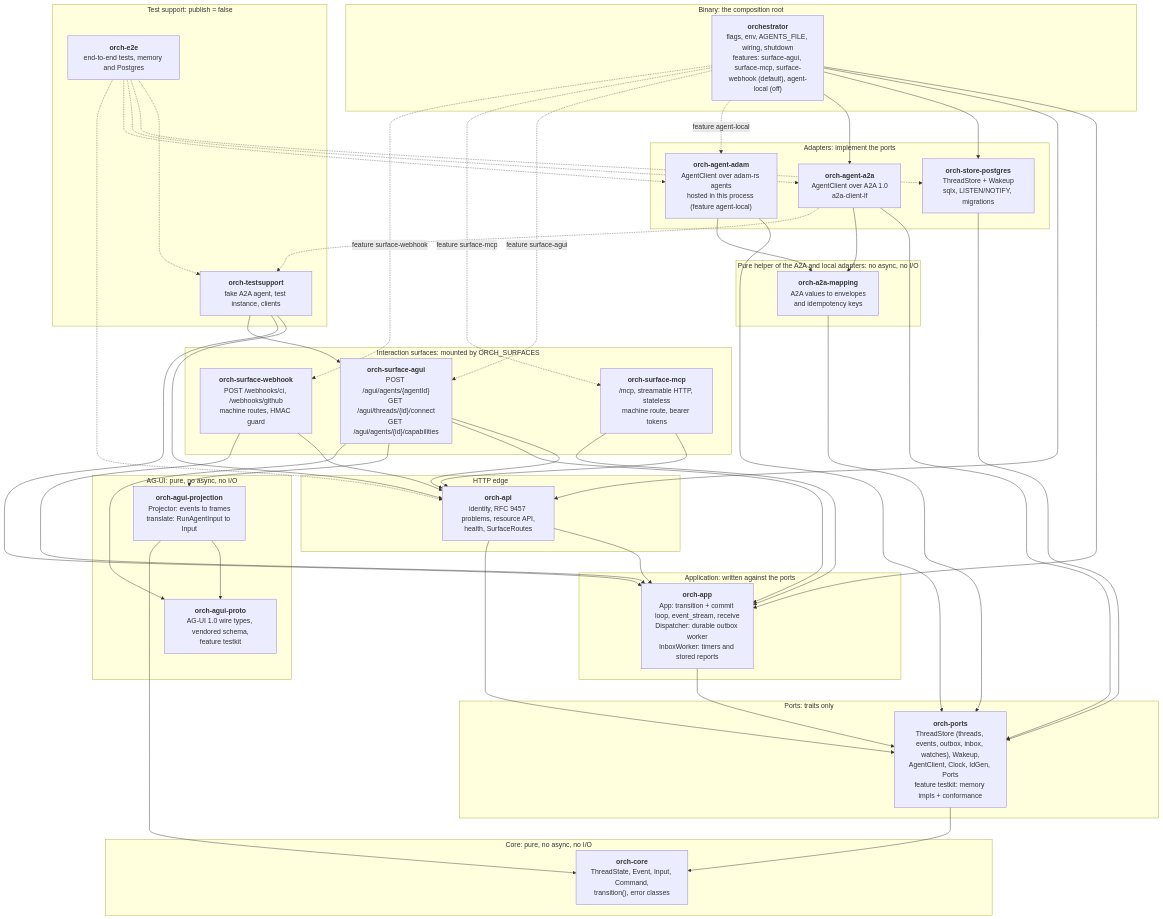
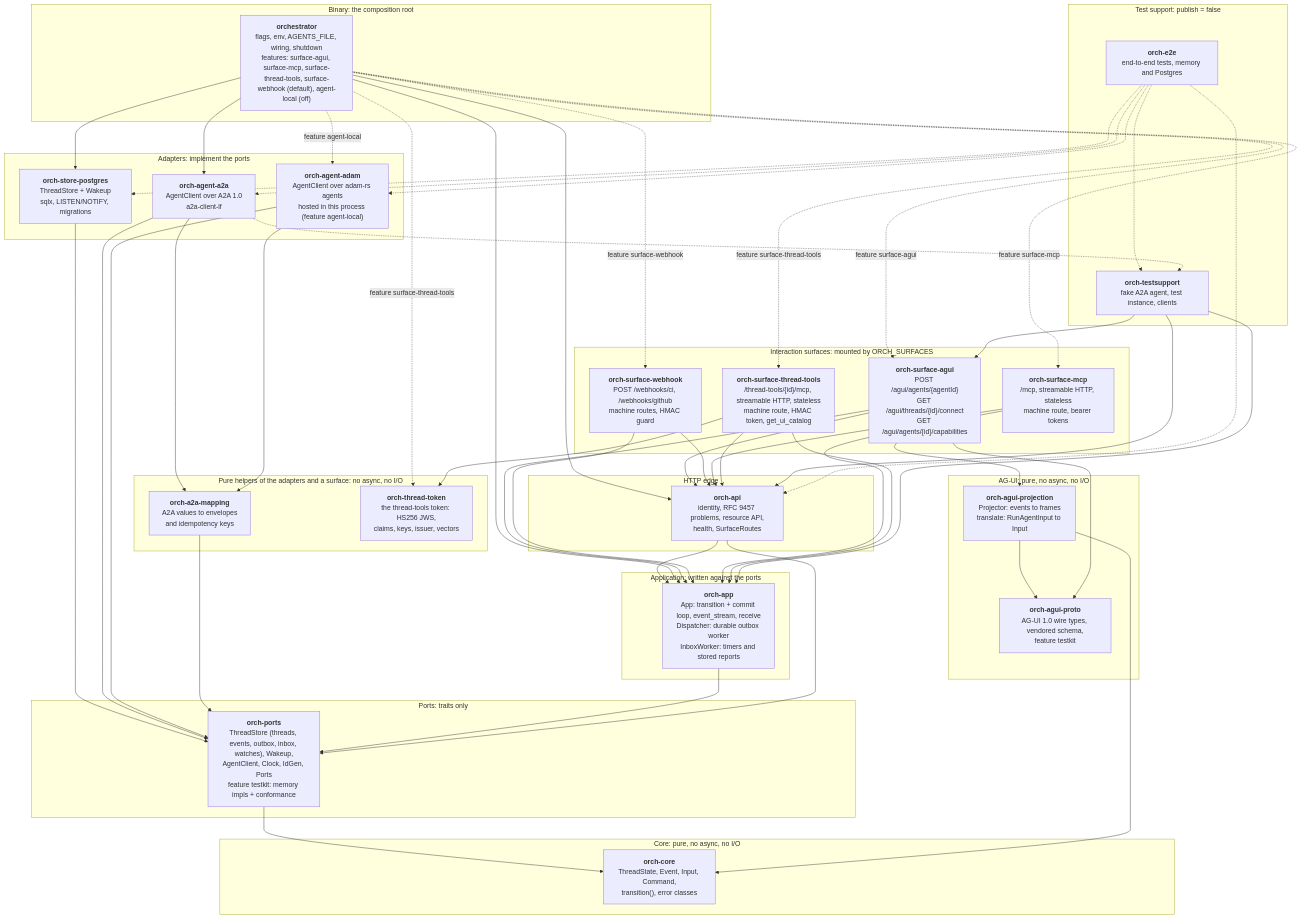
Before and after one commit to vymalo/another-agentic-system: the first of 24 diagrams in docs/orchestrator.md, drawn with Mermaid. The commit also changed other lines of this file and 44 other files, not shown here.

First line of the commit message:
feat(orchestrator): thread tools — a per-thread MCP endpoint with get_ui_catalog

```diff
--- a/docs/orchestrator.md
+++ b/docs/orchestrator.md
@@ -87,8 +87,9 @@
     a2a["<b>orch-agent-a2a</b><br/>AgentClient over A2A 1.0<br/>a2a-client-lf"]
     adam["<b>orch-agent-adam</b><br/>AgentClient over adam-rs agents<br/>hosted in this process (feature agent-local)"]
   end
-  subgraph G_MAP["Pure helper of the A2A and local adapters: no async, no I/O"]
+  subgraph G_MAP["Pure helpers of the adapters and a surface: no async, no I/O"]
     a2amap["<b>orch-a2a-mapping</b><br/>A2A values to envelopes<br/>and idempotency keys"]
+    token["<b>orch-thread-token</b><br/>the thread-tools token: HS256 JWS,<br/>claims, keys, issuer, vectors"]
   end
   subgraph G_APP["Application: written against the ports"]
     app["<b>orch-app</b><br/>App: transition + commit loop, event_stream, receive<br/>Dispatcher: durable outbox worker<br/>InboxWorker: timers and stored reports"]
@@ -100,13 +101,14 @@
     surfagui["<b>orch-surface-agui</b><br/>POST /agui/agents/{agentId}<br/>GET /agui/threads/{id}/connect<br/>GET /agui/agents/{id}/capabilities"]
     surfwh["<b>orch-surface-webhook</b><br/>POST /webhooks/ci, /webhooks/github<br/>machine routes, HMAC guard"]
     surfmcp["<b>orch-surface-mcp</b><br/>/mcp, streamable HTTP, stateless<br/>machine route, bearer tokens"]
+    surftt["<b>orch-surface-thread-tools</b><br/>/thread-tools/{id}/mcp, streamable HTTP, stateless<br/>machine route, HMAC token, get_ui_catalog"]
   end
   subgraph G_AGUI["AG-UI: pure, no async, no I/O"]
     proto["<b>orch-agui-proto</b><br/>AG-UI 1.0 wire types, vendored schema,<br/>feature testkit"]
     proj["<b>orch-agui-projection</b><br/>Projector: events to frames<br/>translate: RunAgentInput to Input"]
   end
   subgraph G_BIN["Binary: the composition root"]
-    bin["<b>orchestrator</b><br/>flags, env, AGENTS_FILE, wiring, shutdown<br/>features: surface-agui, surface-mcp, surface-webhook (default), agent-local (off)"]
+    bin["<b>orchestrator</b><br/>flags, env, AGENTS_FILE, wiring, shutdown<br/>features: surface-agui, surface-mcp, surface-thread-tools, surface-webhook (default), agent-local (off)"]
   end
   subgraph G_TEST["Test support: publish = false"]
     ts["<b>orch-testsupport</b><br/>fake A2A agent, test instance, clients"]
@@ -132,6 +134,8 @@
   bin -. "feature agent-local" .-> adam
   bin -. "feature surface-agui" .-> surfagui
   bin -. "feature surface-mcp" .-> surfmcp
+  bin -. "feature surface-thread-tools" .-> surftt
+  bin -. "feature surface-thread-tools" .-> token
   surfagui --> api
   surfagui --> app
   surfagui --> proj
@@ -140,6 +144,9 @@
   surfwh --> app
   surfmcp --> api
   surfmcp --> app
+  surftt --> api
+  surftt --> app
+  surftt --> token
   bin -. "feature surface-webhook" .-> surfwh
   ts --> api
   ts --> app
```
